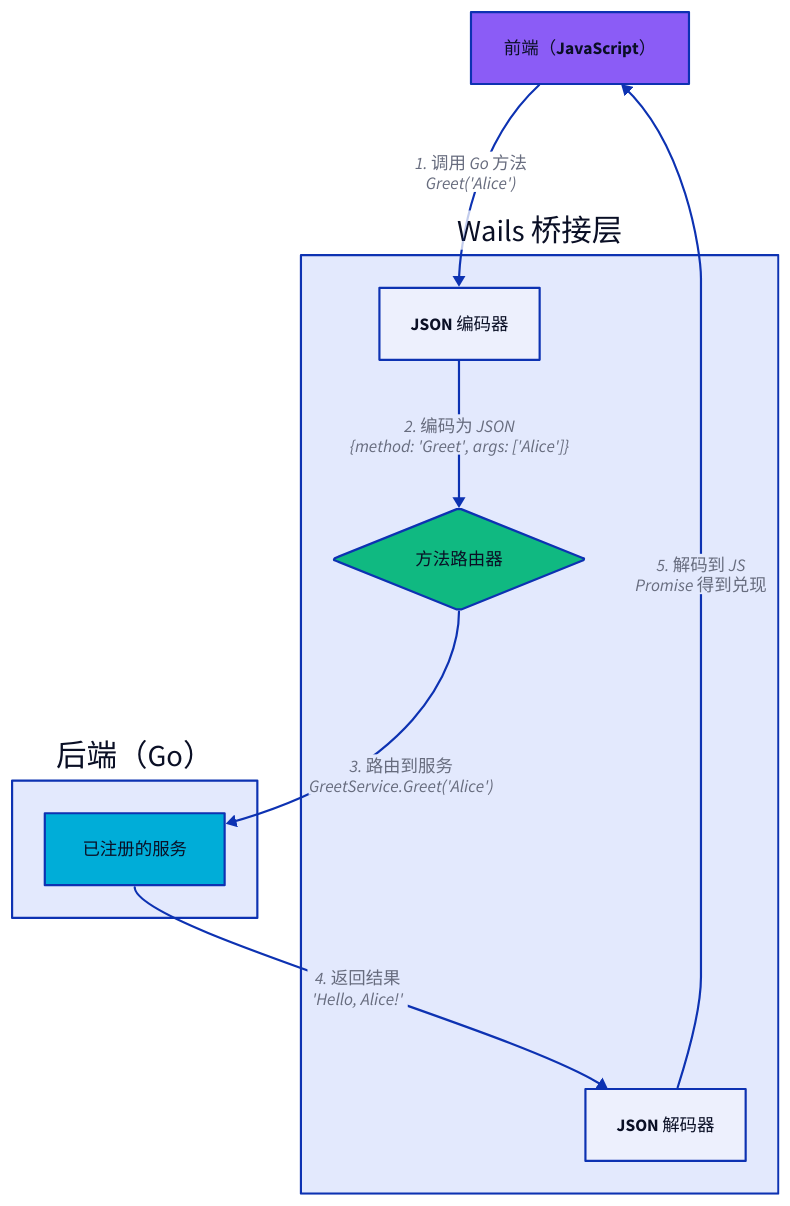
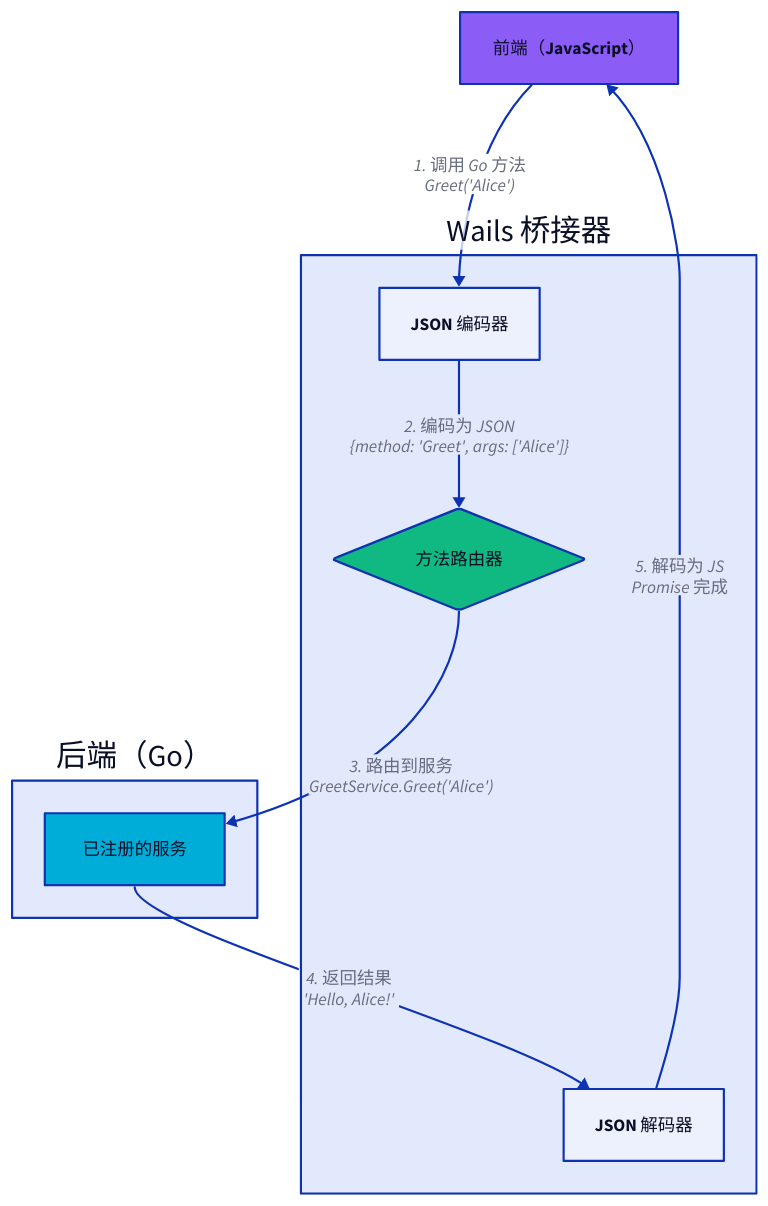
The second of 8 diagrams in docs/mpress/content/zh-cn/concepts/architecture.md (wailsapp/wails), drawn with D2 before and after one commit. The commit also changed other lines of this file and 1096 other files, not shown here.

````diff
--- a/docs/mpress/content/zh-cn/concepts/architecture.md
+++ b/docs/mpress/content/zh-cn/concepts/architecture.md
@@ -96,36 +96,36 @@
 ```d2
 direction: down
 
 Frontend: 前端（JavaScript） {
   shape: rectangle
   style.fill: "#8B5CF6"
 }
 
-Bridge: Wails 桥接层 {
+Bridge: Wails 桥接器 {
   Encoder: JSON 编码器 {
     shape: rectangle
   }
 
   Router: 方法路由器 {
     shape: diamond
     style.fill: "#10B981"
   }
 
   Decoder: JSON 解码器 {
     shape: rectangle
   }
 }
 
 Backend: 后端（Go） {
   Services: 已注册的服务 {
     shape: rectangle
     style.fill: "#00ADD8"
   }
 }
 
 Frontend -> Bridge.Encoder: "1. 调用 Go 方法\nGreet('Alice')"
 Bridge.Encoder -> Bridge.Router: "2. 编码为 JSON\n{method: 'Greet', args: ['Alice']}"
 Bridge.Router -> Backend.Services: "3. 路由到服务\nGreetService.Greet('Alice')"
 Backend.Services -> Bridge.Decoder: "4. 返回结果\n'Hello, Alice!'"
-Bridge.Decoder -> Frontend: "5. 解码到 JS\nPromise 得到兑现"
+Bridge.Decoder -> Frontend: "5. 解码为 JS\nPromise 完成"
 ```
````
